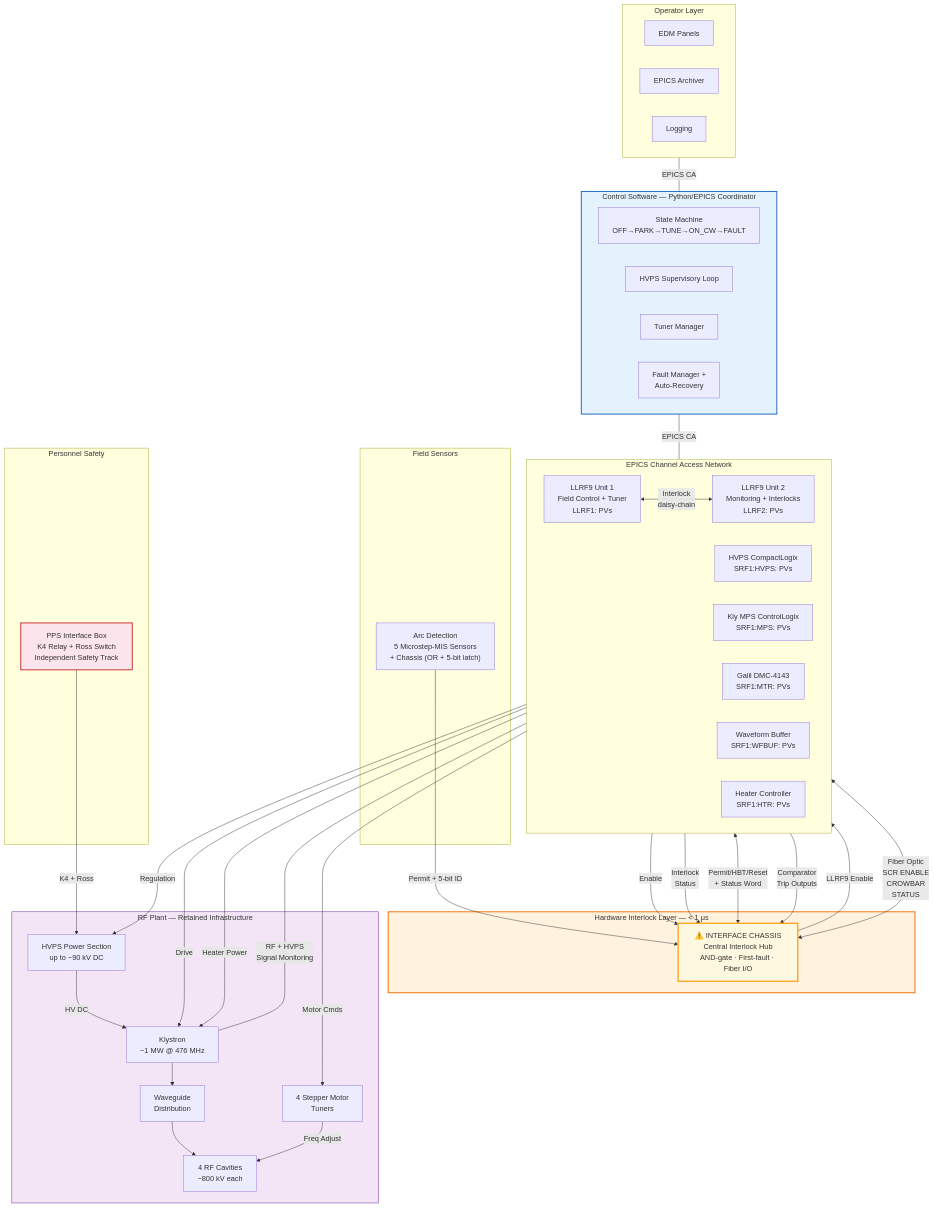
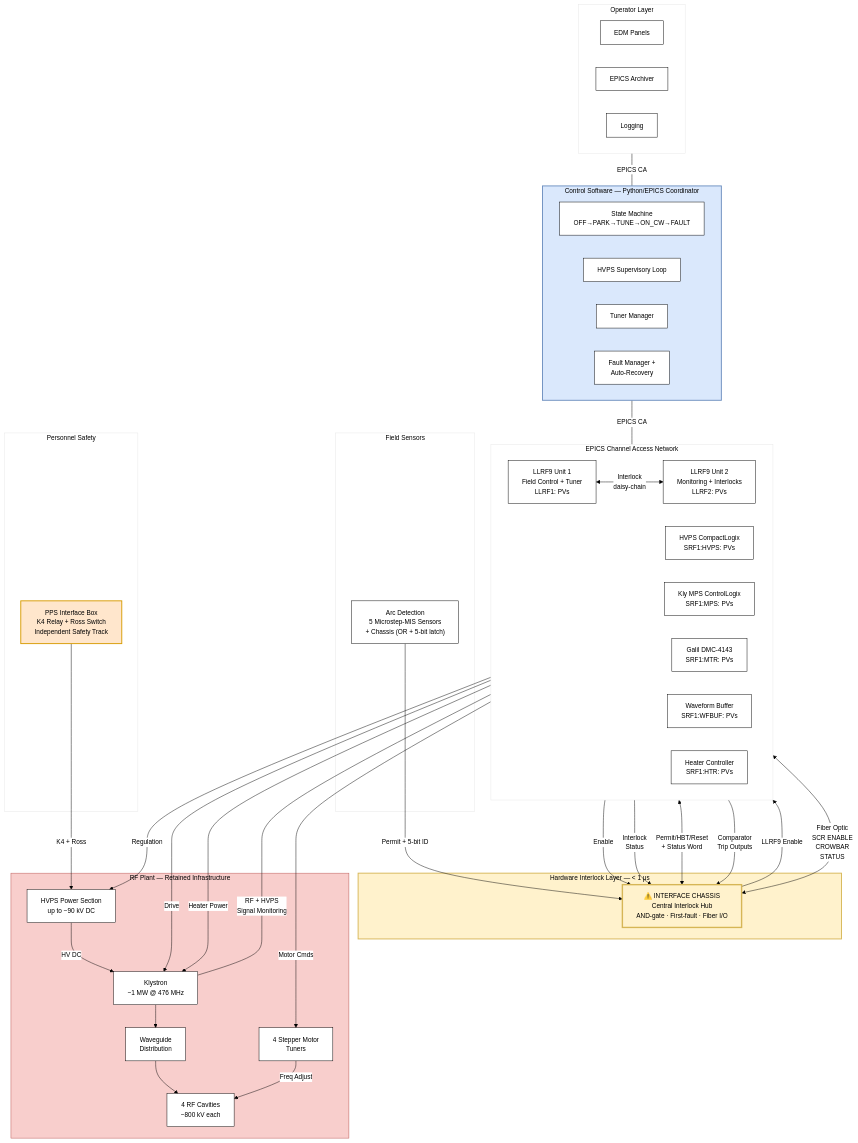
One commit to fayaw/spearlegacyLLRF changed the second of 10 diagrams in Designs/ProjectPath_Diagrams.md. Above: the diagram before and after it, drawn with Mermaid. The commit also changed other lines of this file, not shown here.

First line of the commit message:
Improve project path diagrams: fix colors, timeline, and font sizes

````diff
--- a/Designs/ProjectPath_Diagrams.md
+++ b/Designs/ProjectPath_Diagrams.md
@@ -65,74 +66,75 @@
 ```mermaid
+%%{init: {'theme':'base', 'themeVariables': {'fontSize': '14px', 'fontFamily': 'arial', 'primaryColor': '#ffffff', 'primaryTextColor': '#000000', 'primaryBorderColor': '#000000', 'lineColor': '#000000'}}}%%
 flowchart TB
     subgraph operator["Operator Layer"]
         EDM["EDM Panels"]
         ARCH["EPICS Archiver"]
         LOG["Logging"]
     end
 
     subgraph software["Control Software — Python/EPICS Coordinator"]
         SM["State Machine<br/>OFF→PARK→TUNE→ON_CW→FAULT"]
         HVPS_LOOP["HVPS Supervisory Loop"]
         TUNER_MGR["Tuner Manager"]
         FAULT_MGR["Fault Manager +<br/>Auto-Recovery"]
     end
 
     subgraph epics_net["EPICS Channel Access Network"]
         direction LR
         LLRF9_1["LLRF9 Unit 1<br/>Field Control + Tuner<br/>LLRF1: PVs"]
         LLRF9_2["LLRF9 Unit 2<br/>Monitoring + Interlocks<br/>LLRF2: PVs"]
         HVPS_PLC["HVPS CompactLogix<br/>SRF1:HVPS: PVs"]
         MPS_PLC["Kly MPS ControlLogix<br/>SRF1:MPS: PVs"]
         GALIL["Galil DMC-4143<br/>SRF1:MTR: PVs"]
         WFB["Waveform Buffer<br/>SRF1:WFBUF: PVs"]
         HTR["Heater Controller<br/>SRF1:HTR: PVs"]
     end
 
     subgraph hw_interlock["Hardware Interlock Layer — < 1 μs"]
         IC["⚠️ INTERFACE CHASSIS<br/>Central Interlock Hub<br/>AND-gate · First-fault · Fiber I/O"]
     end
 
     subgraph safety["Personnel Safety"]
         PPS["PPS Interface Box<br/>K4 Relay + Ross Switch<br/>Independent Safety Track"]
     end
 
     subgraph sensors["Field Sensors"]
         ARC["Arc Detection<br/>5 Microstep-MIS Sensors<br/>+ Chassis (OR + 5-bit latch)"]
     end
 
     subgraph rf_plant["RF Plant — Retained Infrastructure"]
         KLY["Klystron<br/>~1 MW @ 476 MHz"]
         CAV["4 RF Cavities<br/>~800 kV each"]
         WG["Waveguide<br/>Distribution"]
         TUNERS["4 Stepper Motor<br/>Tuners"]
         HVPS_PWR["HVPS Power Section<br/>up to −90 kV DC"]
     end
 
     operator ---|EPICS CA| software
     software ---|EPICS CA| epics_net
 
     LLRF9_1 <-->|"Interlock<br/>daisy-chain"| LLRF9_2
     LLRF9_1 -->|"Enable"| IC
     LLRF9_2 -->|"Interlock<br/>Status"| IC
     IC -->|"LLRF9 Enable"| LLRF9_1
     IC <-->|"Fiber Optic<br/>SCR ENABLE<br/>CROWBAR<br/>STATUS"| HVPS_PLC
     MPS_PLC <-->|"Permit/HBT/Reset<br/>+ Status Word"| IC
     WFB -->|"Comparator<br/>Trip Outputs"| IC
     ARC -->|"Permit + 5-bit ID"| IC
     PPS -->|"K4 + Ross"| HVPS_PWR
 
     LLRF9_1 -->|"Drive"| KLY
     HVPS_PLC -->|"Regulation"| HVPS_PWR
     HVPS_PWR -->|"HV DC"| KLY
     KLY --> WG --> CAV
     GALIL -->|"Motor Cmds"| TUNERS
     TUNERS -->|"Freq Adjust"| CAV
     HTR -->|"Heater Power"| KLY
     WFB ---|"RF + HVPS<br/>Signal Monitoring"| KLY
 
-    style IC fill:#fff8e1,stroke:#f9a825,stroke-width:3px
-    style PPS fill:#fce4ec,stroke:#c62828,stroke-width:2px
-    style software fill:#e3f2fd,stroke:#1565c0,stroke-width:2px
-    style hw_interlock fill:#fff3e0,stroke:#ef6c00,stroke-width:2px
-    style rf_plant fill:#f3e5f5,stroke:#6a1b9a,stroke-width:1px
+    style IC fill:#fff2cc,stroke:#d6b656,stroke-width:3px,color:#000000
+    style PPS fill:#ffe6cc,stroke:#d79b00,stroke-width:2px,color:#000000
+    style software fill:#dae8fc,stroke:#6c8ebf,stroke-width:2px,color:#000000
+    style hw_interlock fill:#fff2cc,stroke:#d6b656,stroke-width:2px,color:#000000
+    style rf_plant fill:#f8cecc,stroke:#b85450,stroke-width:1px,color:#000000
 ```
````
